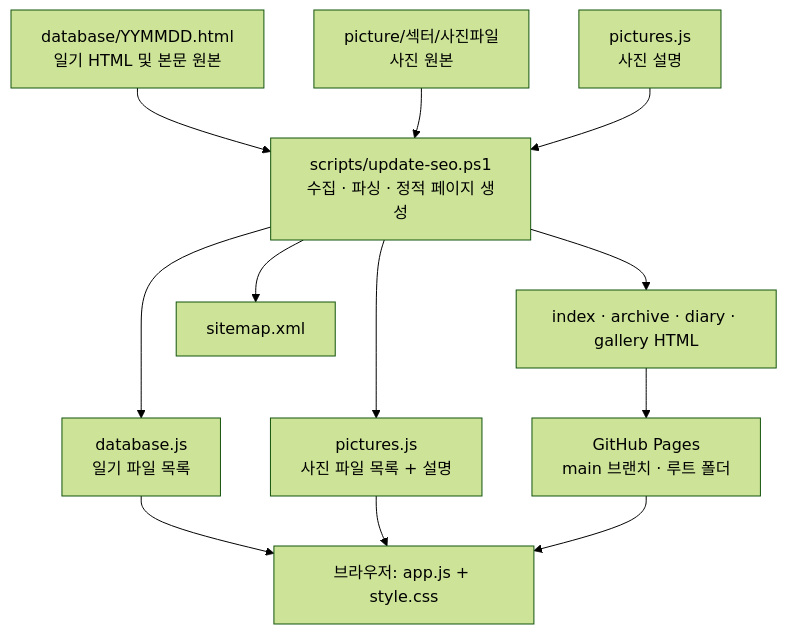
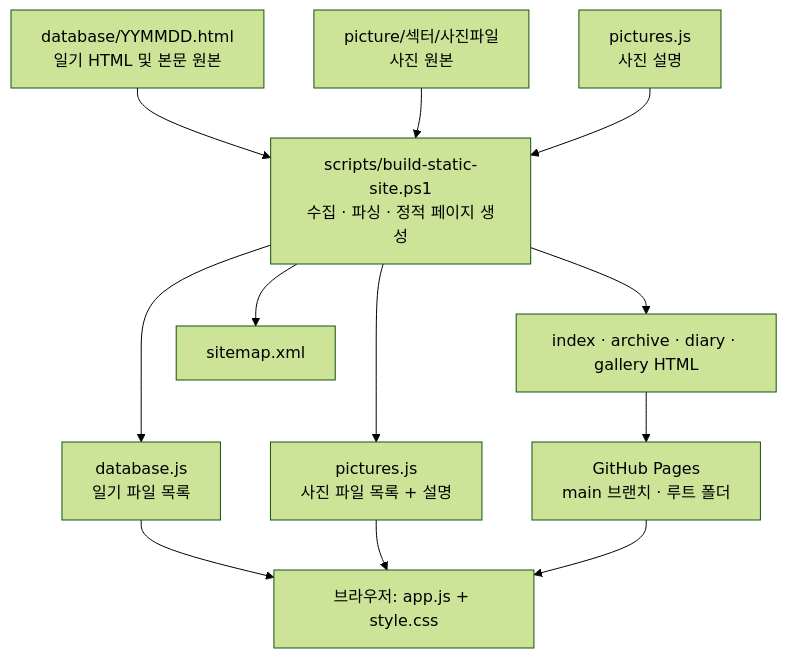
One commit to archibee/rexondex.github.io changed the diagram in README.md. Above: the diagram before and after it, drawn with Mermaid (forest theme). The commit also changed other lines of this file and 2 other files, not shown here.

Commit message:
스크립트의 역할을 나타내는 파일명 build-static-site.ps1으로 개선

````diff
--- a/README.md
+++ b/README.md
@@ -19,25 +19,25 @@
 ```mermaid
 flowchart TD
     Diary[database/YYMMDD.html<br/>일기 HTML 및 본문 원본]
     Photos[picture/섹터/사진파일<br/>사진 원본]
     Descriptions[pictures.js<br/>사진 설명]
-    Generator[scripts/update-seo.ps1<br/>수집 · 파싱 · 정적 페이지 생성]
+    Generator[scripts/build-static-site.ps1<br/>수집 · 파싱 · 정적 페이지 생성]
     DiaryList[database.js<br/>일기 파일 목록]
     PhotoList[pictures.js<br/>사진 파일 목록 + 설명]
     Pages[index · archive · diary · gallery HTML]
     Sitemap[sitemap.xml]
     Browser[브라우저: app.js + style.css]
     PagesSite[GitHub Pages<br/>main 브랜치 · 루트 폴더]
 
     Diary --> Generator
     Photos --> Generator
     Descriptions --> Generator
     Generator --> DiaryList
     Generator --> PhotoList
     Generator --> Pages
     Generator --> Sitemap
     Pages --> PagesSite
     DiaryList --> Browser
     PhotoList --> Browser
     PagesSite --> Browser
 ```
````
